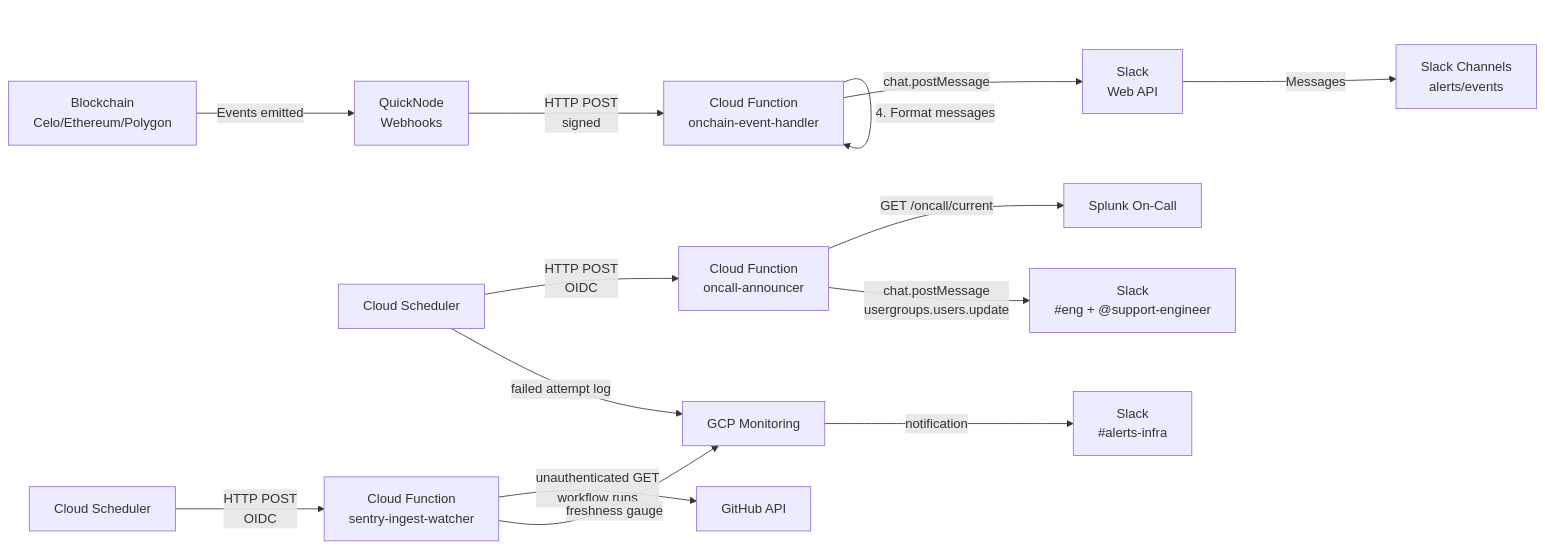
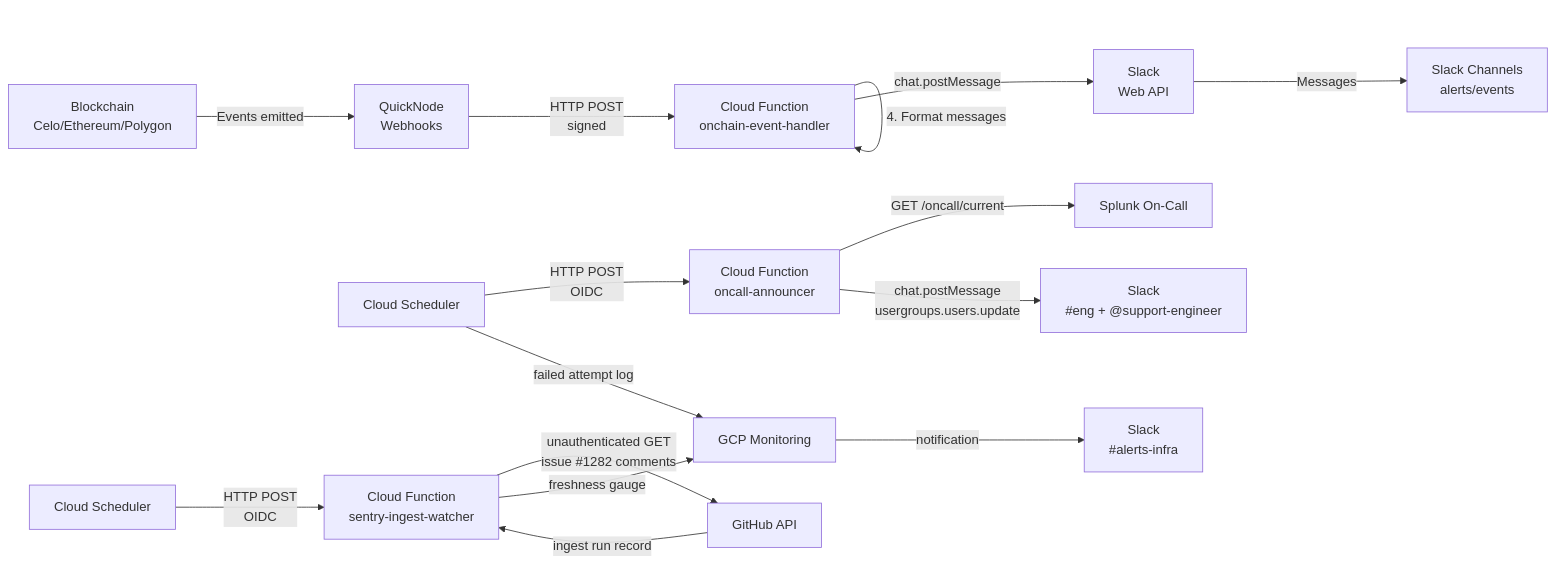
The diagram in alerts/infra/README.md (mento-protocol/monitoring-monorepo), drawn with Mermaid before and after one commit. The commit also changed other lines of this file and 4 other files, not shown here.

````diff
--- a/alerts/infra/README.md
+++ b/alerts/infra/README.md
@@ -29,19 +29,20 @@
 ```mermaid
 graph LR
     A[Blockchain<br/>Celo/Ethereum/Polygon] -->|Events emitted| B[QuickNode<br/>Webhooks]
     B -->|HTTP POST<br/>signed| C[Cloud Function<br/>onchain-event-handler]
     C -->|1. Verify signature| C
     C -->|2. Validate payload| C
     C -->|3. Process events| C
     C -->|4. Format messages| C
     C -->|chat.postMessage| D[Slack<br/>Web API]
     D -->|Messages| E[Slack Channels<br/>alerts/events]
     F[Cloud Scheduler] -->|HTTP POST<br/>OIDC| G[Cloud Function<br/>oncall-announcer]
     G -->|GET /oncall/current| H[Splunk On-Call]
     G -->|chat.postMessage<br/>usergroups.users.update| I[Slack<br/>#eng + @support-engineer]
     F -->|failed attempt log| J[GCP Monitoring]
     J -->|notification| K[Slack<br/>#alerts-infra]
     L[Cloud Scheduler] -->|HTTP POST<br/>OIDC| M[Cloud Function<br/>sentry-ingest-watcher]
-    M -->|unauthenticated GET<br/>workflow runs| N[GitHub API]
+    M -->|unauthenticated GET<br/>issue #1282 comments| N[GitHub API]
+    N -->|ingest run record| M
     M -->|freshness gauge| J
 ```
````
